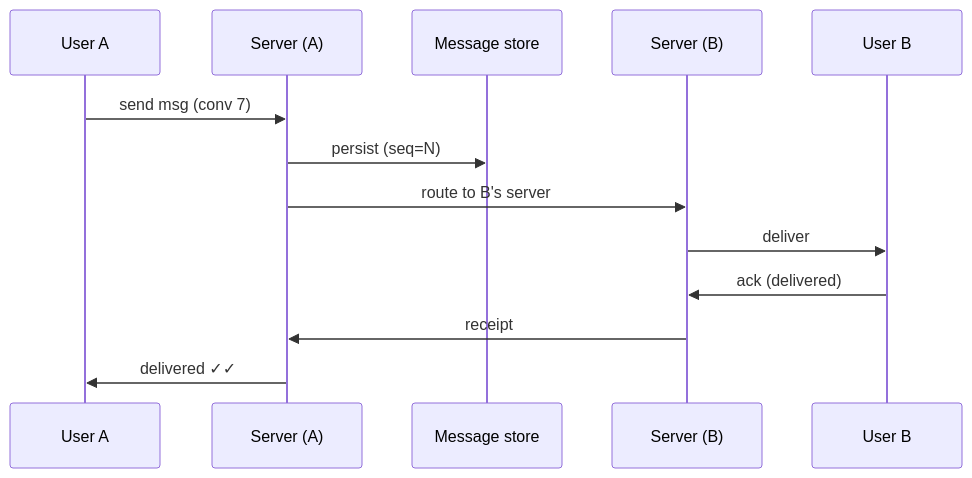
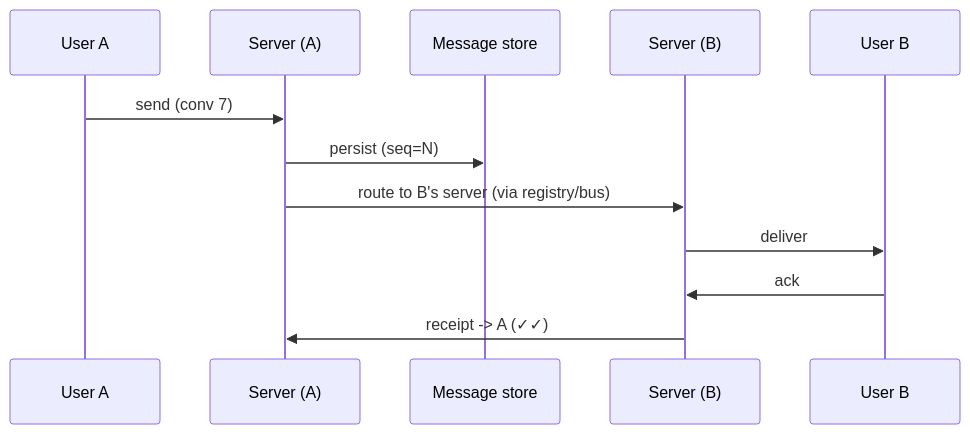
Before and after one commit to hiepgithub2001/swedocs: the second of 2 diagrams in system-design/2-case-studies/chat-system.md, drawn with Mermaid. The commit also changed other lines of this file and 4 other files, not shown here.

````diff
--- a/system-design/2-case-studies/chat-system.md
+++ b/system-design/2-case-studies/chat-system.md
@@ -66,15 +84,14 @@
 ```mermaid
 sequenceDiagram
     participant A as User A
     participant S1 as Server (A)
     participant DB as Message store
     participant S2 as Server (B)
     participant B as User B
-    A->>S1: send msg (conv 7)
+    A->>S1: send (conv 7)
     S1->>DB: persist (seq=N)
-    S1->>S2: route to B's server
+    S1->>S2: route to B's server (via registry/bus)
     S2->>B: deliver
-    B->>S2: ack (delivered)
-    S2->>S1: receipt
-    S1->>A: delivered ✓✓
+    B->>S2: ack
+    S2->>S1: receipt -> A (✓✓)
 ```
````
